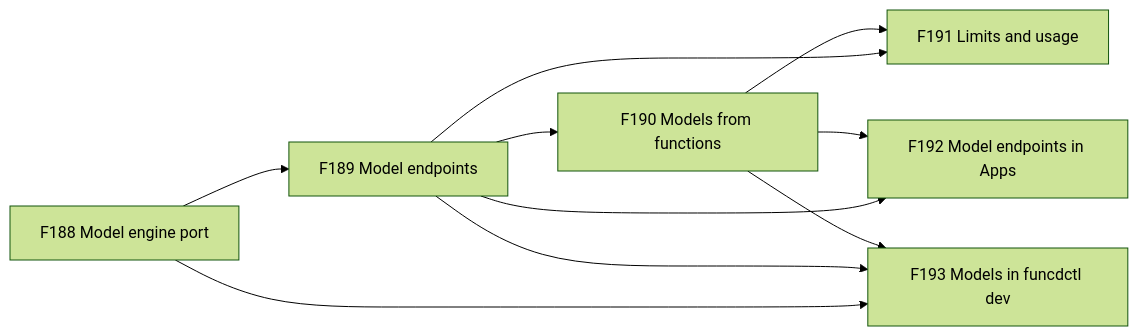
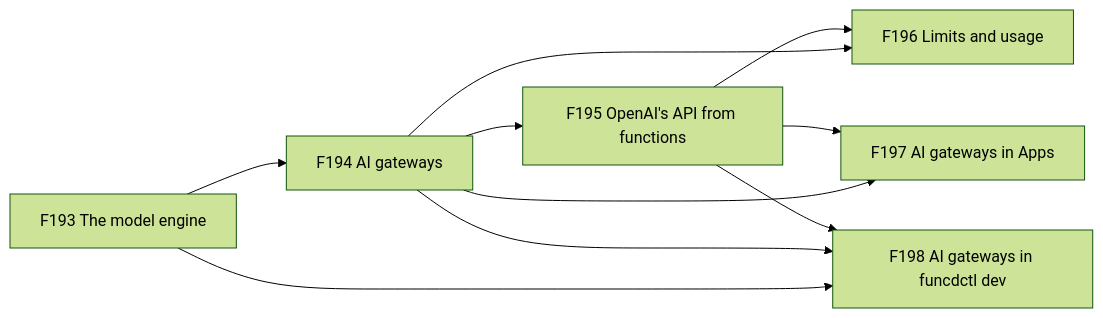
One commit to pyvvo/funcd changed the first of 2 diagrams in docs/feat/0015-feat-ai-gateway.md. Above: the diagram before and after it, drawn with Mermaid (forest theme). The commit also changed other lines of this file and 4 other files, not shown here.

````diff
--- a/docs/feat/0015-feat-ai-gateway.md
+++ b/docs/feat/0015-feat-ai-gateway.md
@@ -42,12 +44,12 @@
 ```mermaid
 flowchart LR
-    F188["F188 Model engine port"] --> F189["F189 Model endpoints"]
-    F189 --> F190["F190 Models from functions"]
-    F189 --> F191["F191 Limits and usage"]
-    F190 --> F191
-    F189 --> F192["F192 Model endpoints in Apps"]
-    F190 --> F192
-    F188 --> F193["F193 Models in funcdctl dev"]
-    F189 --> F193
-    F190 --> F193
+    F193["F193 The model engine"] --> F194["F194 AI gateways"]
+    F194 --> F195["F195 OpenAI's API from functions"]
+    F194 --> F196["F196 Limits and usage"]
+    F195 --> F196
+    F194 --> F197["F197 AI gateways in Apps"]
+    F195 --> F197
+    F193 --> F198["F198 AI gateways in funcdctl dev"]
+    F194 --> F198
+    F195 --> F198
 ```
````
